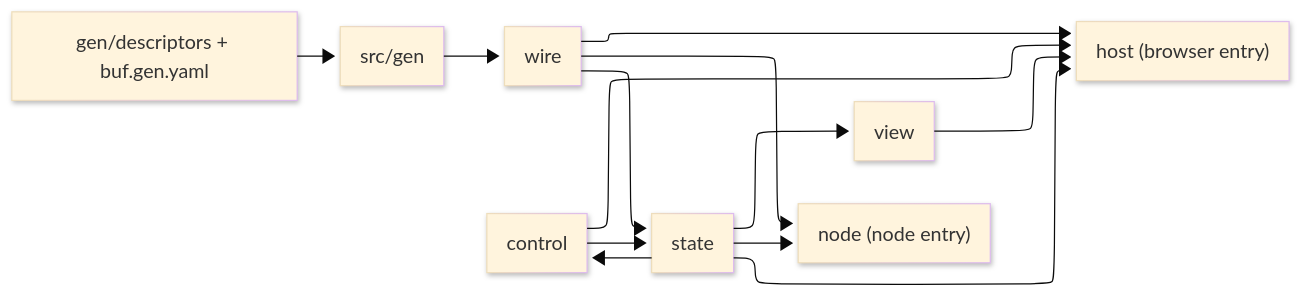
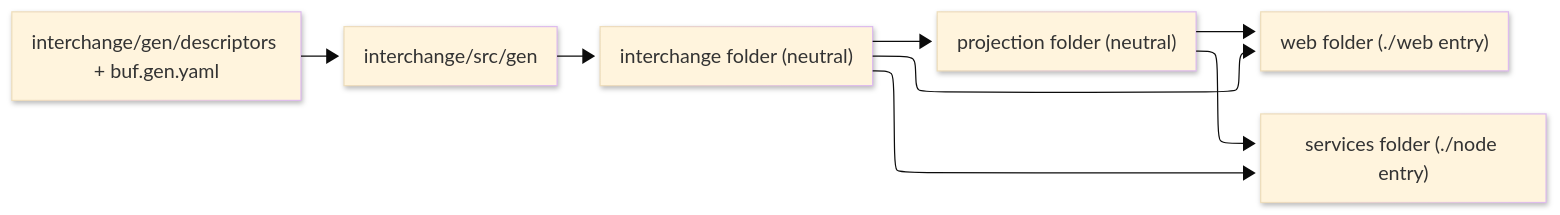
One commit to bsamiee/Rasm changed the diagram in libs/typescript/.planning/architecture-tree.md. Above: the diagram before and after it, drawn with Mermaid. The commit also changed other lines of this file and 80 other files, not shown here.

````diff
--- a/libs/typescript/.planning/architecture-tree.md
+++ b/libs/typescript/.planning/architecture-tree.md
@@ -59,23 +97,18 @@
 ```mermaid
 ---
 config:
   layout: elk
   look: neo
   theme: base
 ---
 flowchart LR
-    accTitle: TypeScript lib branch dependency direction
-    accDescr: The descriptor pipeline feeds the wire boundary; wire feeds state; state feeds view and control; the browser host composes all four; the node tier composes wire and state plus its own durable and deploy owners.
-    Desc["gen/descriptors + buf.gen.yaml"] --> Gen["src/gen"]
-    Gen --> Wire["wire"]
-    Wire --> State["state"]
-    State --> View["view"]
-    State --> Control["control"]
-    Control --> State
-    View --> Host["host (browser entry)"]
-    Control --> Host
-    State --> Host
-    Wire --> Host
-    Wire --> Node["node (node entry)"]
-    State --> Node
+    accTitle: TypeScript four-domain dependency direction
+    accDescr: The descriptor pipeline feeds interchange; interchange feeds projection; interchange and projection feed web on the browser side and services on the node side; the bundle fence is the folder-scoped no-restricted-imports stratum set and the projection connect-web ban inside the one package.
+    Desc["interchange/gen/descriptors + buf.gen.yaml"] --> Gen["interchange/src/gen"]
+    Gen --> Inter["interchange folder (neutral)"]
+    Inter --> Proj["projection folder (neutral)"]
+    Inter --> Web["web folder (./web entry)"]
+    Proj --> Web
+    Inter --> Svc["services folder (./node entry)"]
+    Proj --> Svc
 ```
````
